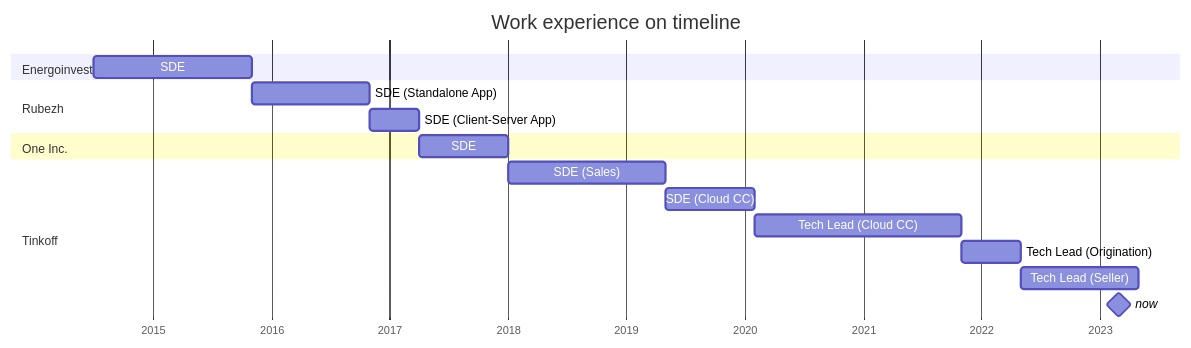
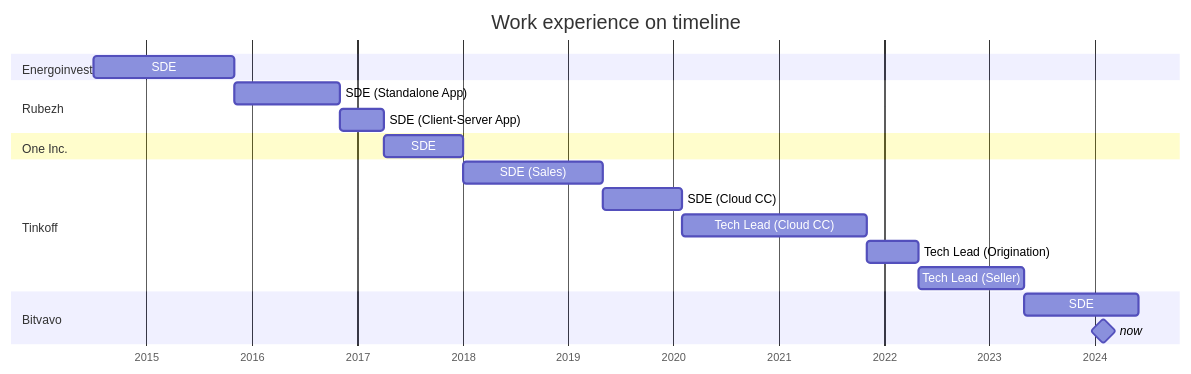
One commit to vladar107/vladar107 changed the diagram in cv.md. Above: the diagram before and after it, drawn with Mermaid. The commit also changed other lines of this file, not shown here.

````diff
--- a/cv.md
+++ b/cv.md
@@ -20,25 +20,28 @@
 ```mermaid
 gantt
     title Work experience on timeline
     dateFormat  YYYY-MM
     axisFormat  %Y
     todayMarker stroke-width:5px, opacity:0.75
     
     section Energoinvest
     SDE                     :sd1, 2014-07, 2015-11
     
     section Rubezh
     SDE (Standalone App)    :sd2, after sd1, 2016-11
     SDE (Client-Server App) :sd3, after sd2, 2017-04
     
     section One Inc.
     SDE                     :sd4, after sd3, 2018-01
     
     section Tinkoff
     SDE (Sales)             :sd5, after sd4, 2019-05
     SDE (Cloud CC)          :sd6, after sd5, 2020-02
     Tech Lead (Cloud CC)    :tl1, after sd6, 2021-11
     Tech Lead (Origination) :tl2, after tl1, 2022-05
     Tech Lead (Seller)      :tl3, after tl2, 2023-05
-    now                     :milestone, 2023-03, 1s
+
+    section Bitvavo
+    SDE                     :sd7, after tl3, 2024-06
+    now                     :milestone, 2024-02, 1s
 ```
````
